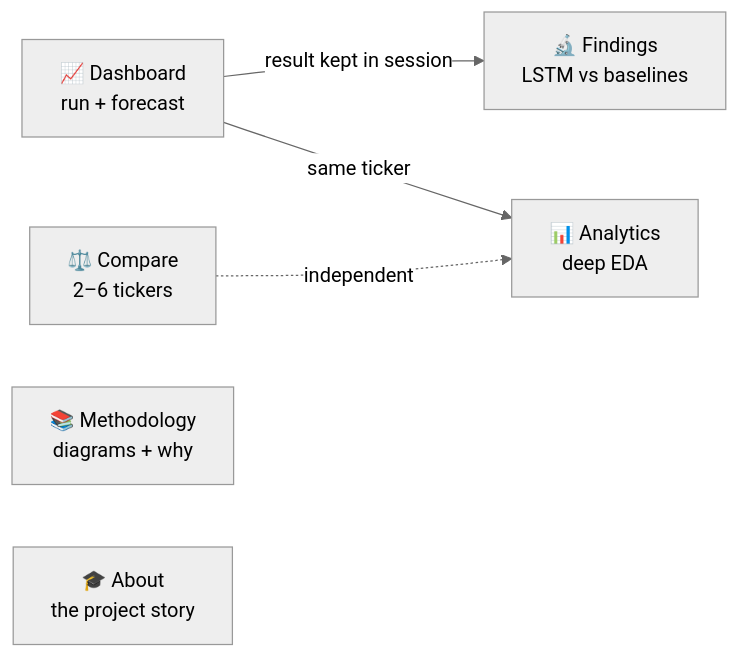
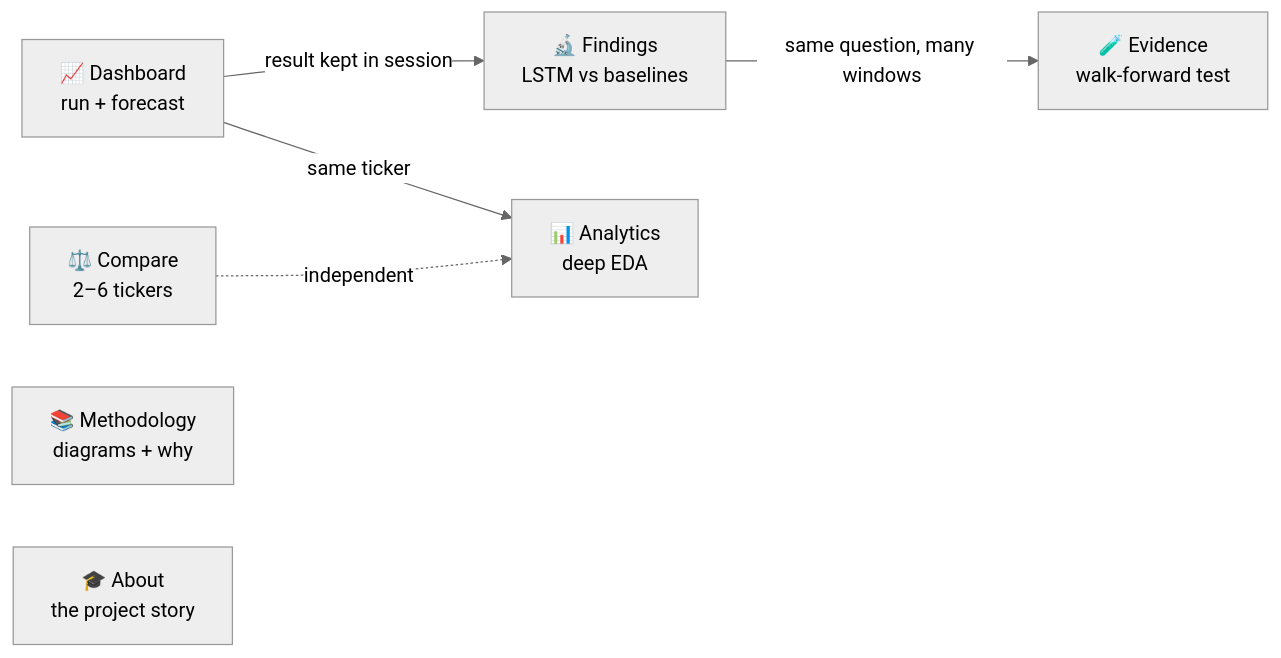
The second of 3 diagrams in README.md (c0k0n/lstm-trend), drawn with Mermaid (neutral theme) before and after one commit. The commit also changed other lines of this file and 46 other files, not shown here.

````diff
--- a/README.md
+++ b/README.md
@@ -77,8 +212,9 @@
 ```mermaid
 flowchart LR
     D["📈 Dashboard<br/>run + forecast"] -->|"result kept in session"| F["🔬 Findings<br/>LSTM vs baselines"]
     D -->|"same ticker"| A["📊 Analytics<br/>deep EDA"]
     C["⚖️ Compare<br/>2–6 tickers"] -.->|"independent"| A
+    F -->|"same question, many windows"| E["🧪 Evidence<br/>walk-forward test"]
     M["📚 Methodology<br/>diagrams + why"]
     AB["🎓 About<br/>the project story"]
 ```
````
